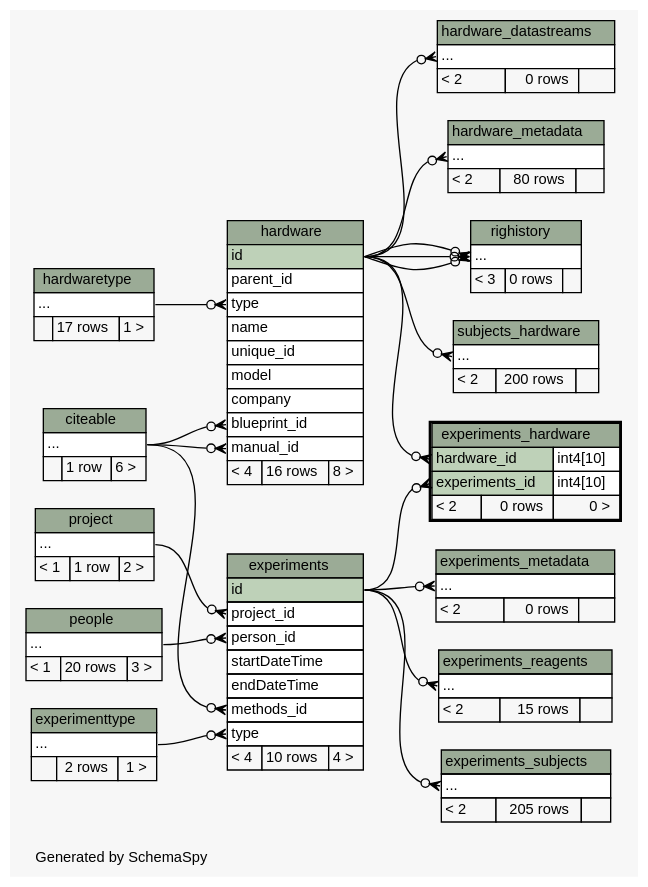
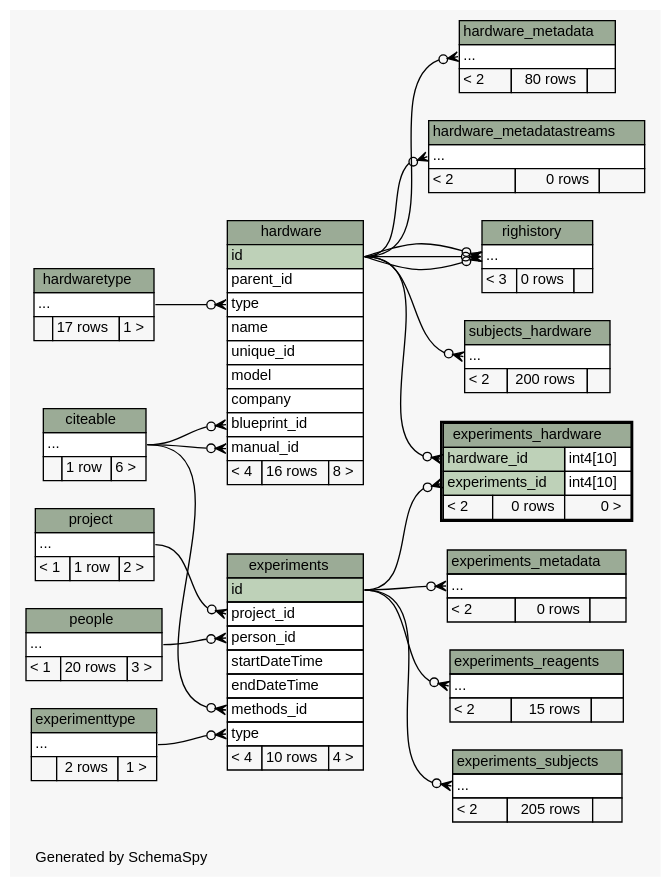
One commit to tgbugs/mlab changed the diagram in database/ss/diagrams/experiments_hardware.2degrees.dot. Above: the diagram before and after it, drawn with Graphviz. The commit also changed 185 other files, not shown here.

```diff
--- a/database/ss/diagrams/experiments_hardware.2degrees.dot
+++ b/database/ss/diagrams/experiments_hardware.2degrees.dot
@@ -31,8 +31,8 @@
   "hardware":"blueprint_id":w -> "citeable":"elipses":e [arrowhead=none dir=back arrowtail=crowodot];
   "hardware":"manual_id":w -> "citeable":"elipses":e [arrowhead=none dir=back arrowtail=crowodot];
   "hardware":"type":w -> "hardwaretype":"elipses":e [arrowhead=none dir=back arrowtail=crowodot];
-  "hardware_datastreams":"elipses":w -> "hardware":"id":e [arrowhead=none dir=back arrowtail=crowodot];
   "hardware_metadata":"elipses":w -> "hardware":"id":e [arrowhead=none dir=back arrowtail=crowodot];
+  "hardware_metadatastreams":"elipses":w -> "hardware":"id":e [arrowhead=none dir=back arrowtail=crowodot];
   "righistory":"elipses":w -> "hardware":"id":e [arrowhead=none dir=back arrowtail=crowodot];
   "righistory":"elipses":w -> "hardware":"id":e [arrowhead=none dir=back arrowtail=crowodot];
   "righistory":"elipses":w -> "hardware":"id":e [arrowhead=none dir=back arrowtail=crowodot];
@@ -132,16 +132,6 @@
     URL="hardware.html"
     tooltip="hardware"
   ];
-  "hardware_datastreams" [
-    label=<
-    <TABLE BORDER="0" CELLBORDER="1" CELLSPACING="0" BGCOLOR="#ffffff">
-      <TR><TD COLSPAN="3" BGCOLOR="#9bab96" ALIGN="CENTER">hardware_datastreams</TD></TR>
-      <TR><TD PORT="elipses" COLSPAN="3" ALIGN="LEFT">...</TD></TR>
-      <TR><TD ALIGN="LEFT" BGCOLOR="#f7f7f7">&lt; 2</TD><TD ALIGN="RIGHT" BGCOLOR="#f7f7f7">0 rows</TD><TD ALIGN="RIGHT" BGCOLOR="#f7f7f7">  </TD></TR>
-    </TABLE>>
-    URL="hardware_datastreams.html"
-    tooltip="hardware_datastreams"
-  ];
   "hardware_metadata" [
     label=<
     <TABLE BORDER="0" CELLBORDER="1" CELLSPACING="0" BGCOLOR="#ffffff">
@@ -151,6 +141,16 @@
     </TABLE>>
     URL="hardware_metadata.html"
     tooltip="hardware_metadata"
+  ];
+  "hardware_metadatastreams" [
+    label=<
+    <TABLE BORDER="0" CELLBORDER="1" CELLSPACING="0" BGCOLOR="#ffffff">
+      <TR><TD COLSPAN="3" BGCOLOR="#9bab96" ALIGN="CENTER">hardware_metadatastreams</TD></TR>
+      <TR><TD PORT="elipses" COLSPAN="3" ALIGN="LEFT">...</TD></TR>
+      <TR><TD ALIGN="LEFT" BGCOLOR="#f7f7f7">&lt; 2</TD><TD ALIGN="RIGHT" BGCOLOR="#f7f7f7">0 rows</TD><TD ALIGN="RIGHT" BGCOLOR="#f7f7f7">  </TD></TR>
+    </TABLE>>
+    URL="hardware_metadatastreams.html"
+    tooltip="hardware_metadatastreams"
   ];
   "hardwaretype" [
     label=<
```
